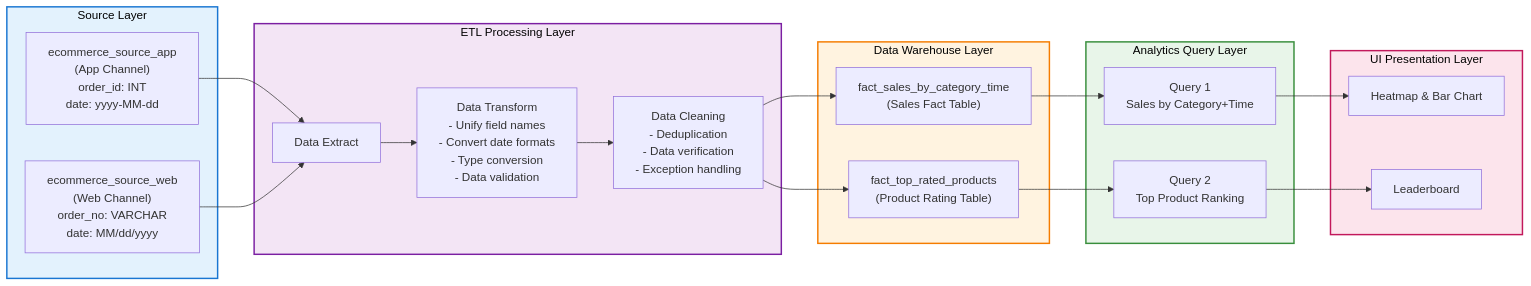
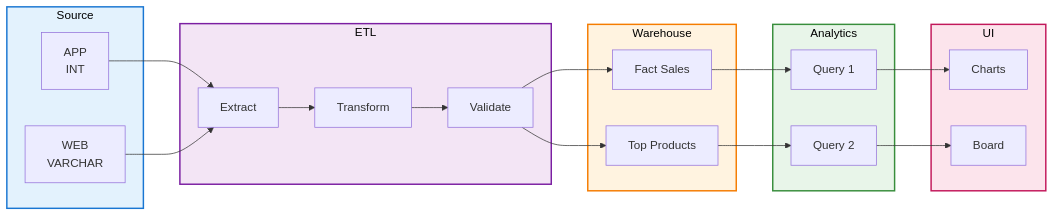
The diagram in REQUIREMENTS_EN.md (jianglei919/ecommerce_data_warehouse), drawn with Mermaid before and after one commit. The commit also changed 3 other files, not shown here.

Commit message:
docs: simplify mermaid diagrams to improve text visibility

````diff
--- a/REQUIREMENTS_EN.md
+++ b/REQUIREMENTS_EN.md
@@ -157,47 +157,47 @@
 ```mermaid
 graph LR
-    subgraph source["Source Layer"]
-        app["ecommerce_source_app<br/>(App Channel)<br/>order_id: INT<br/>date: yyyy-MM-dd"]
-        web["ecommerce_source_web<br/>(Web Channel)<br/>order_no: VARCHAR<br/>date: MM/dd/yyyy"]
+    subgraph source["Source"]
+        app["APP<br/>INT"]
+        web["WEB<br/>VARCHAR"]
     end
 
-    subgraph etl["ETL Processing Layer"]
-        extract["Data Extract"]
-        transform["Data Transform<br/>- Unify field names<br/>- Convert date formats<br/>- Type conversion<br/>- Data validation"]
-        clean["Data Cleaning<br/>- Deduplication<br/>- Data verification<br/>- Exception handling"]
+    subgraph etl["ETL"]
+        extract["Extract"]
+        transform["Transform"]
+        clean["Validate"]
     end
 
-    subgraph warehouse["Data Warehouse Layer"]
-        sales["fact_sales_by_category_time<br/>(Sales Fact Table)"]
-        top["fact_top_rated_products<br/>(Product Rating Table)"]
+    subgraph warehouse["Warehouse"]
+        sales["Fact Sales"]
+        top["Top Products"]
     end
 
-    subgraph analytics["Analytics Query Layer"]
-        query1["Query 1<br/>Sales by Category+Time"]
-        query2["Query 2<br/>Top Product Ranking"]
+    subgraph analytics["Analytics"]
+        query1["Query 1"]
+        query2["Query 2"]
     end
 
-    subgraph ui["UI Presentation Layer"]
-        chart1["Heatmap & Bar Chart"]
-        chart2["Leaderboard"]
+    subgraph ui["UI"]
+        chart1["Charts"]
+        chart2["Board"]
     end
 
     app --> extract
     web --> extract
     extract --> transform
     transform --> clean
     clean --> sales
     clean --> top
 
     sales --> query1
     top --> query2
 
     query1 --> chart1
     query2 --> chart2
 
     style source fill:#e3f2fd,stroke:#1976d2,stroke-width:2px,color:#000
     style etl fill:#f3e5f5,stroke:#7b1fa2,stroke-width:2px,color:#000
     style warehouse fill:#fff3e0,stroke:#f57c00,stroke-width:2px,color:#000
     style analytics fill:#e8f5e9,stroke:#388e3c,stroke-width:2px,color:#000
     style ui fill:#fce4ec,stroke:#c2185b,stroke-width:2px,color:#000
 ```
````
